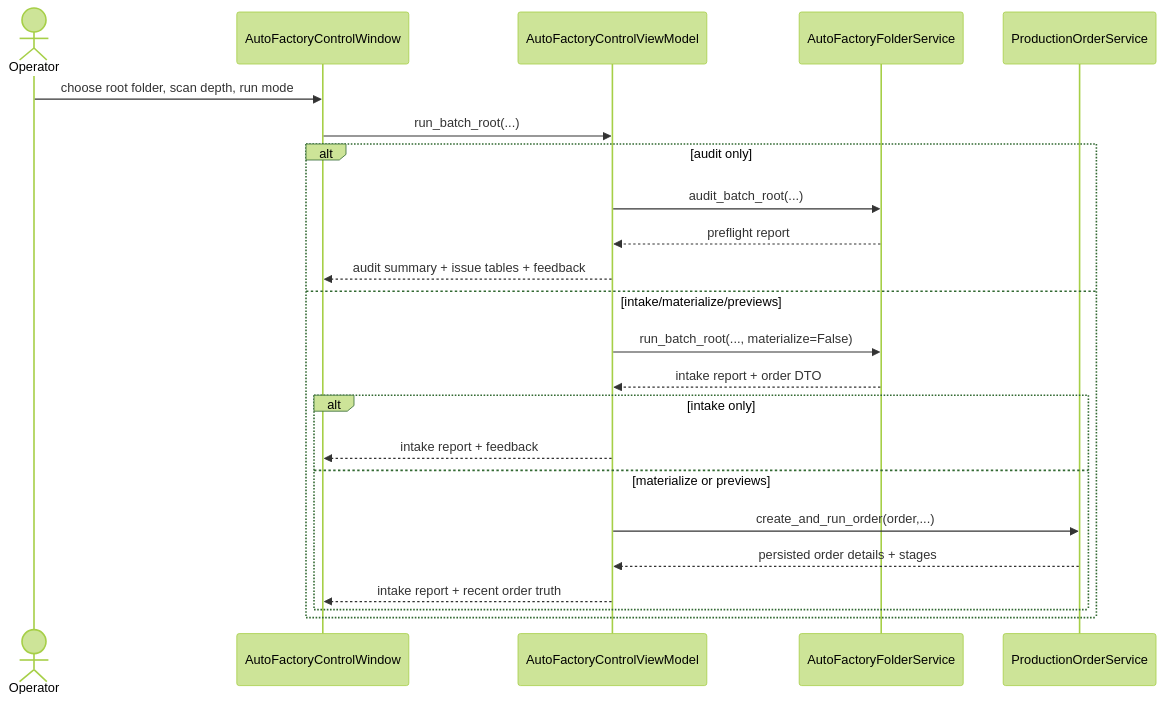
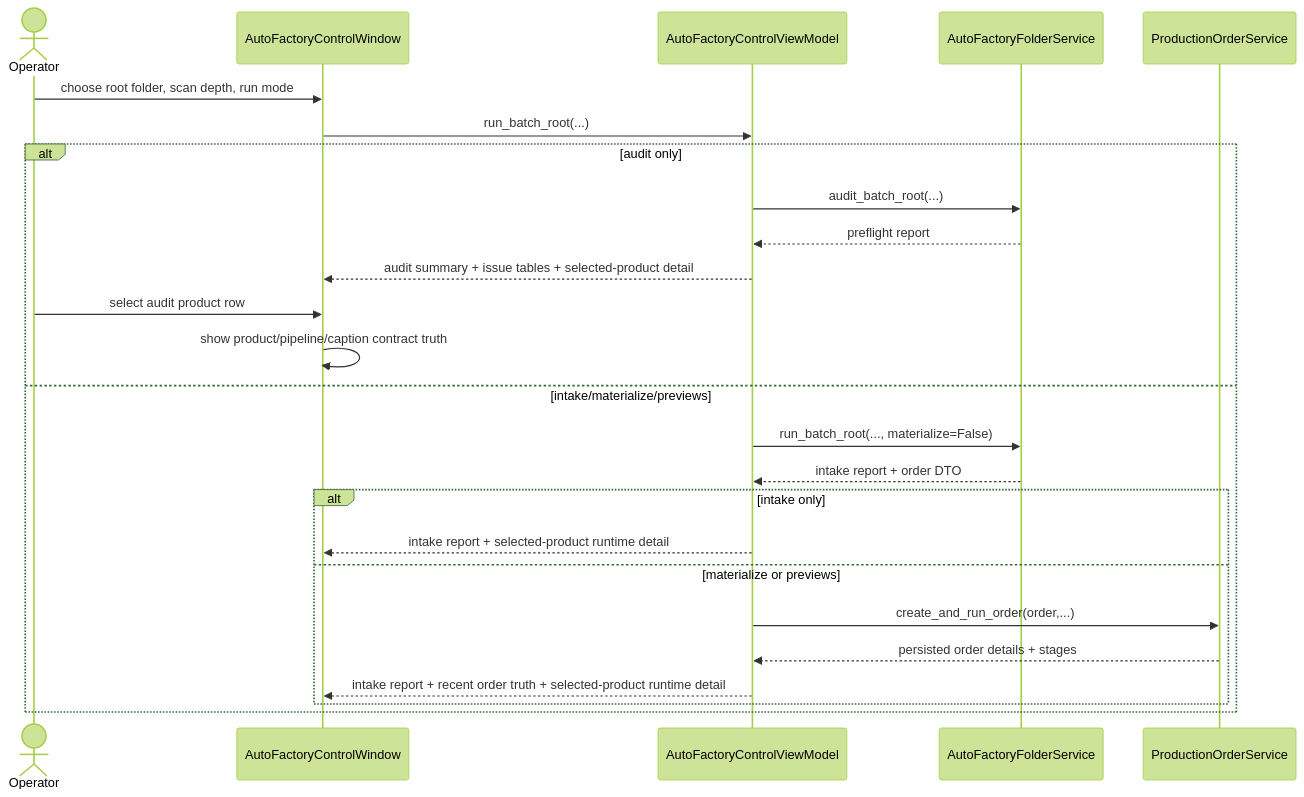
The seventh of 35 diagrams in doc/10_UML_System_Overview.md (idev006/MTClipFactory), drawn with Mermaid (forest theme) before and after one commit. The commit also changed 11 other files, not shown here.

````diff
--- a/doc/10_UML_System_Overview.md
+++ b/doc/10_UML_System_Overview.md
@@ -659,26 +659,28 @@
 ```mermaid
 sequenceDiagram
     actor Operator
     participant View as AutoFactoryControlWindow
     participant VM as AutoFactoryControlViewModel
     participant FolderSvc as AutoFactoryFolderService
     participant OrderSvc as ProductionOrderService
 
     Operator->>View: choose root folder, scan depth, run mode
     View->>VM: run_batch_root(...)
     alt audit only
         VM->>FolderSvc: audit_batch_root(...)
         FolderSvc-->>VM: preflight report
-        VM-->>View: audit summary + issue tables + feedback
+        VM-->>View: audit summary + issue tables + selected-product detail
+        Operator->>View: select audit product row
+        View->>View: show product/pipeline/caption contract truth
     else intake/materialize/previews
         VM->>FolderSvc: run_batch_root(..., materialize=False)
         FolderSvc-->>VM: intake report + order DTO
         alt intake only
-            VM-->>View: intake report + feedback
+            VM-->>View: intake report + selected-product runtime detail
         else materialize or previews
             VM->>OrderSvc: create_and_run_order(order,...)
             OrderSvc-->>VM: persisted order details + stages
-            VM-->>View: intake report + recent order truth
+            VM-->>View: intake report + recent order truth + selected-product runtime detail
         end
     end
 ```
````
